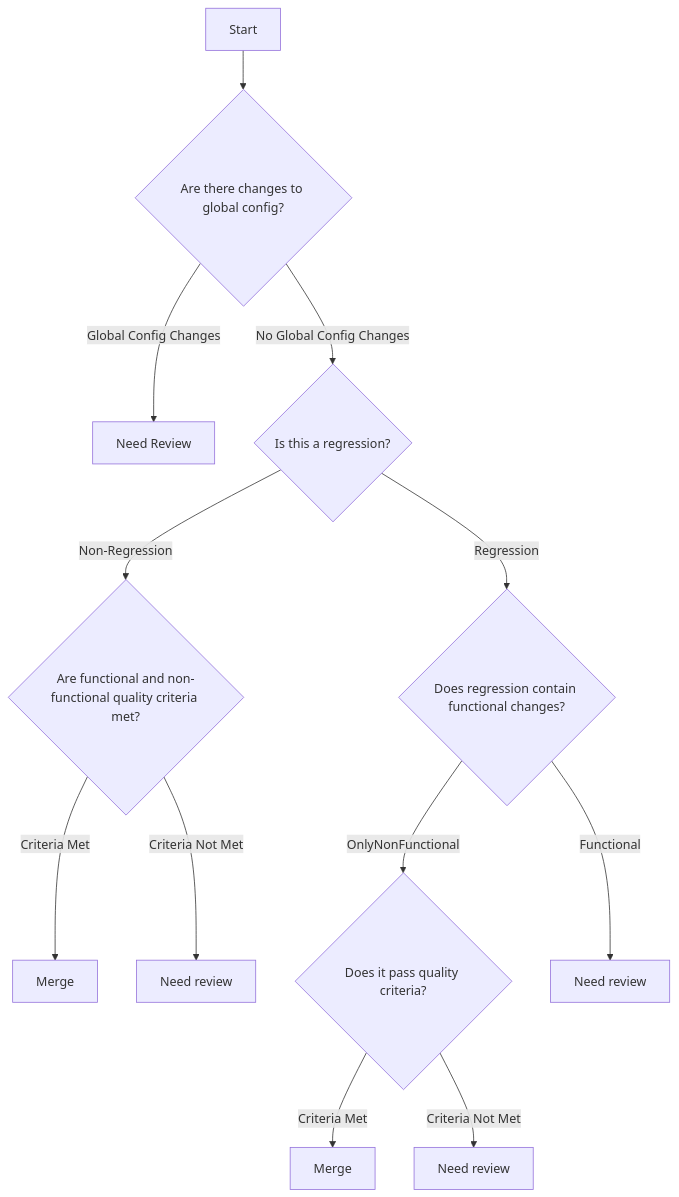
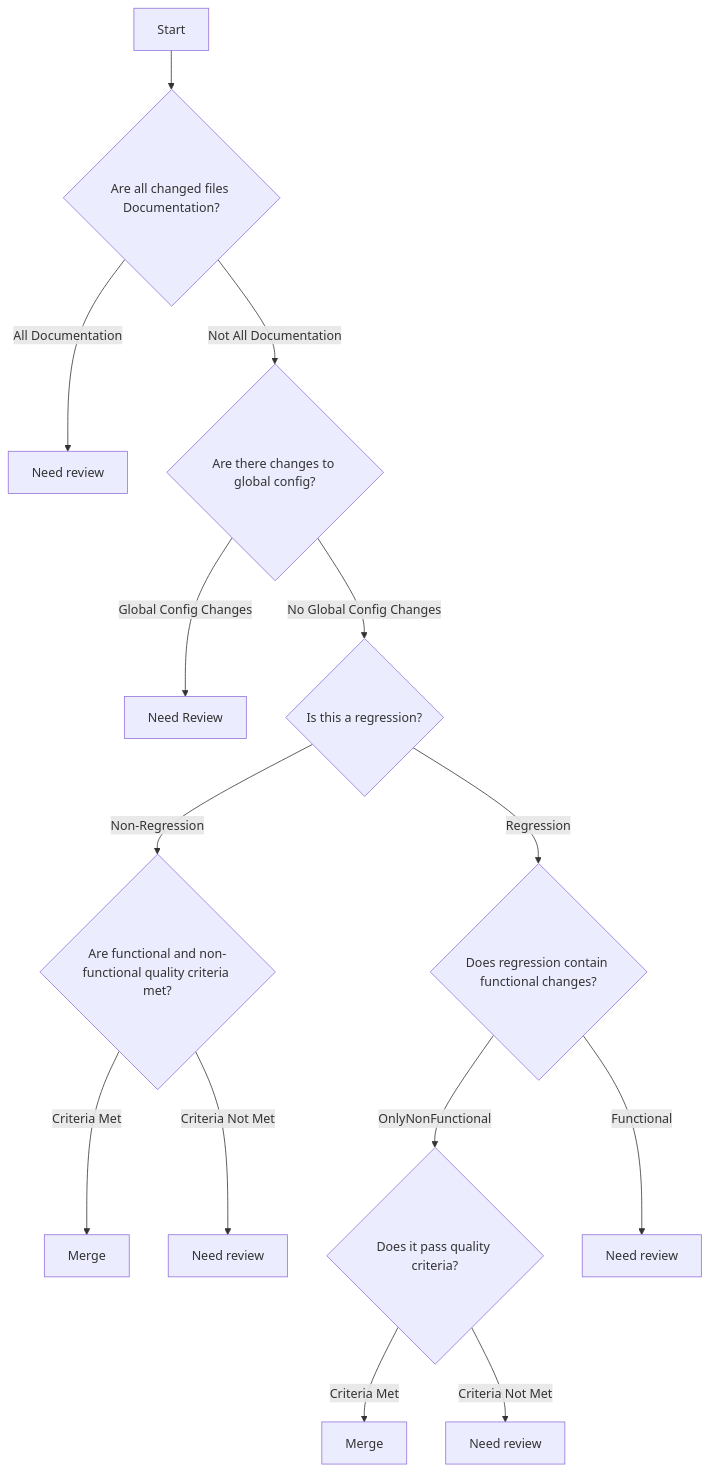
One commit to erudlang/agent-skills changed the diagram in skills/classify-pr/SKILL.md. Above: the diagram before and after it, drawn with Mermaid. The commit also changed other lines of this file, not shown here.

````diff
--- a/skills/classify-pr/SKILL.md
+++ b/skills/classify-pr/SKILL.md
@@ -37,14 +37,16 @@
 ```mermaid
 graph TD
-    A[Start] --> B{Are there changes to global config?}
+    A[Start] --> G{Are all changed files Documentation?}
+    G -->|All Documentation| G1[Need review]
+    G -->|Not All Documentation| B{Are there changes to global config?}
     B -->|Global Config Changes| B1[Need Review]
     B -->|No Global Config Changes| C{Is this a regression?}
     C -->|Non-Regression| D{Are functional and non-functional quality criteria met?}
     D -->|Criteria Met| D1[Merge]
     D -->|Criteria Not Met| D2[Need review]
     C -->|Regression| E{Does regression contain functional changes?}
     E -->|OnlyNonFunctional| F{Does it pass quality criteria?}
     F -->|Criteria Met| F1[Merge]
     F -->|Criteria Not Met| F2[Need review]
     E -->|Functional| V[Need review]
 ```
````
